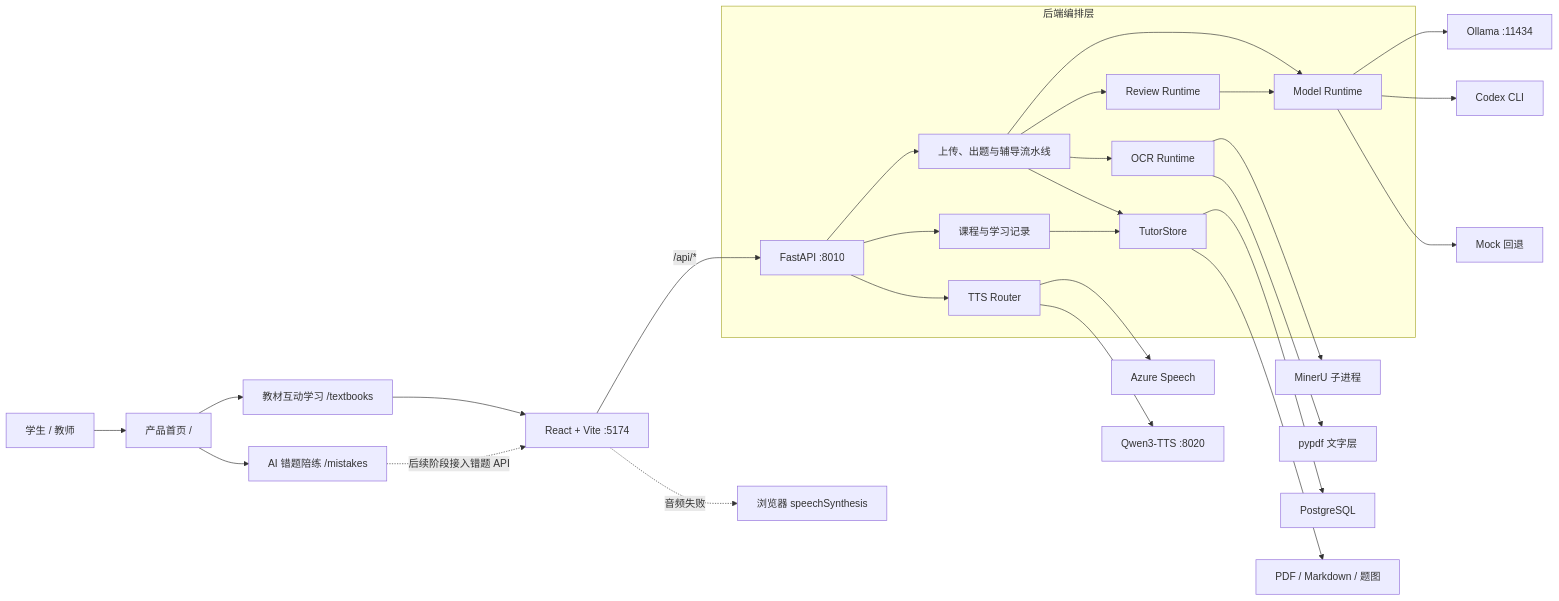
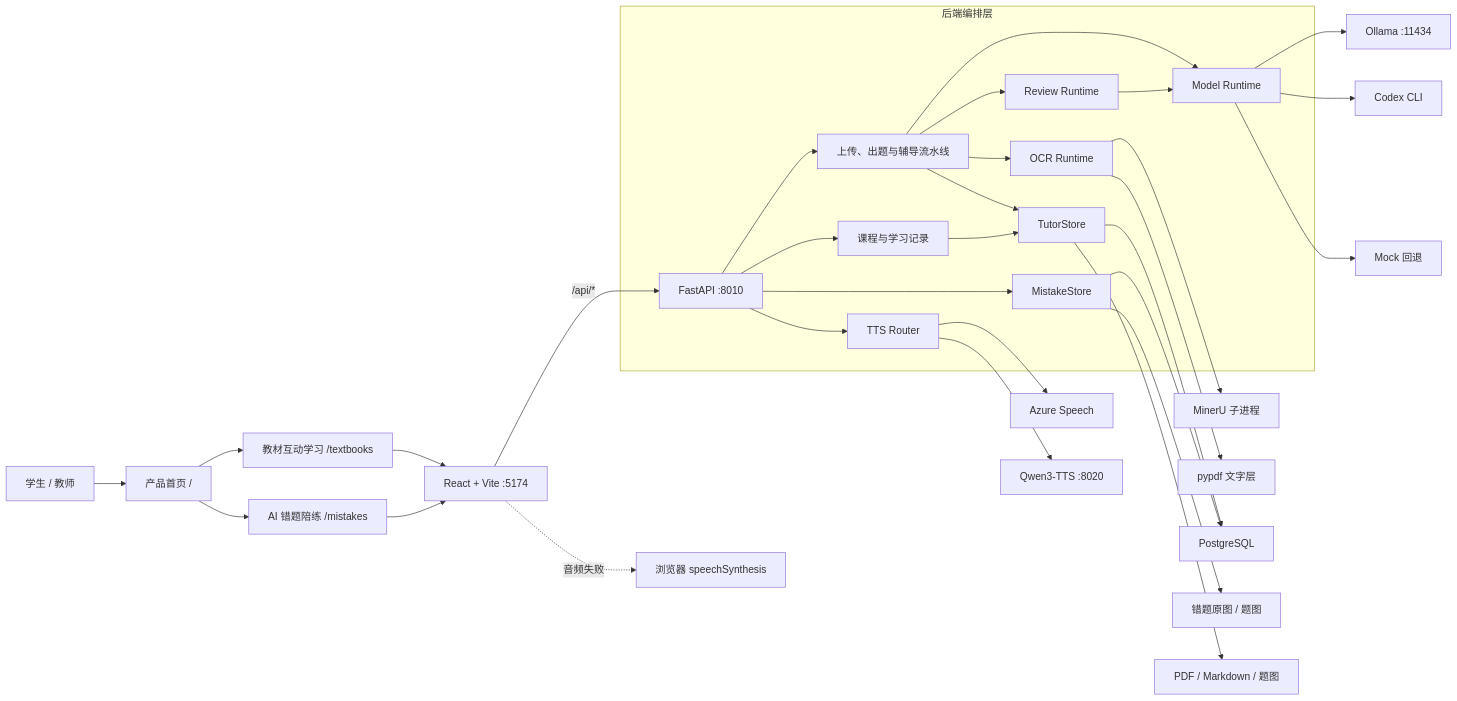
The diagram in docs/architecture.md (ningkaikok/dotty-tutor), drawn with Mermaid before and after one commit. The commit also changed other lines of this file and 46 other files, not shown here.

````diff
--- a/docs/architecture.md
+++ b/docs/architecture.md
@@ -11,32 +11,35 @@
 ```mermaid
 flowchart LR
   User["学生 / 教师"] --> Home["产品首页 /"]
   Home --> Textbooks["教材互动学习 /textbooks"]
   Home --> Mistakes["AI 错题陪练 /mistakes"]
   Textbooks --> Web["React + Vite :5174"]
-  Mistakes -. "后续阶段接入错题 API" .-> Web
+  Mistakes --> Web
   Web -->|"/api/*"| API["FastAPI :8010"]
 
   subgraph Backend["后端编排层"]
     API --> Pipeline["上传、出题与辅导流水线"]
     API --> Learning["课程与学习记录"]
     Pipeline --> OCR["OCR Runtime"]
     Pipeline --> Model["Model Runtime"]
     Pipeline --> Review["Review Runtime"]
     Pipeline --> Store["TutorStore"]
     Learning --> Store
     API --> TTS["TTS Router"]
+    API --> MistakeStore["MistakeStore"]
     Review --> Model
   end
 
   OCR --> MinerU["MinerU 子进程"]
   OCR --> PyPDF["pypdf 文字层"]
   Model --> Ollama["Ollama :11434"]
   Model --> Codex["Codex CLI"]
   Model --> Mock["Mock 回退"]
   Store --> PostgreSQL["PostgreSQL"]
+  MistakeStore --> PostgreSQL
+  MistakeStore --> MistakeFiles["错题原图 / 题图"]
   Store --> Files["PDF / Markdown / 题图"]
   TTS --> Azure["Azure Speech"]
   TTS --> Qwen["Qwen3-TTS :8020"]
   Web -. "音频失败" .-> BrowserTTS["浏览器 speechSynthesis"]
 ```
````
